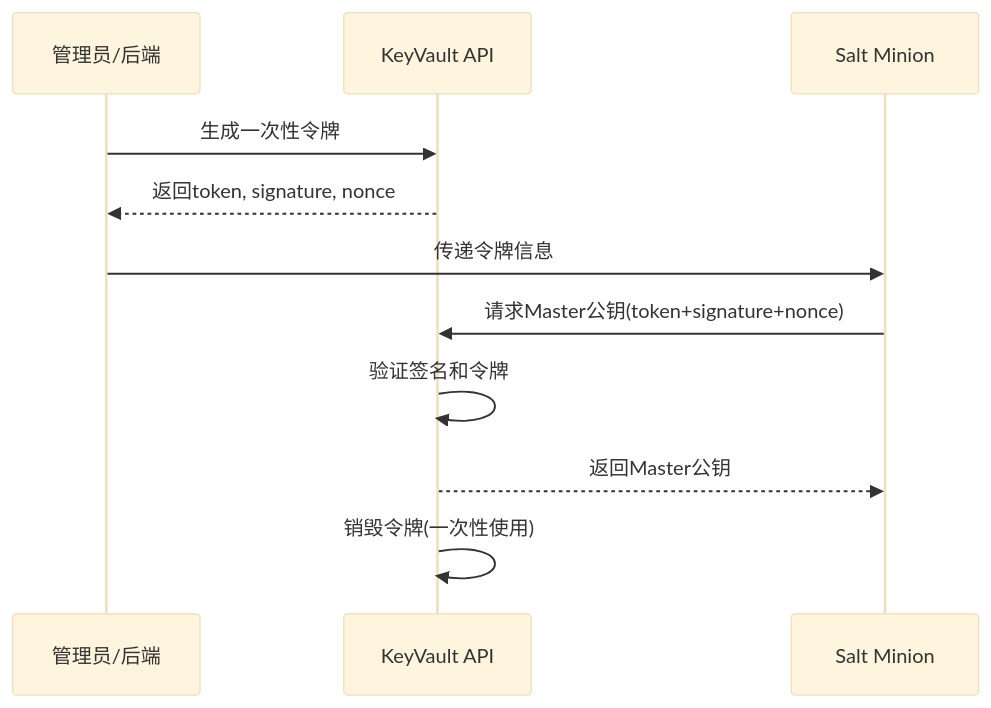
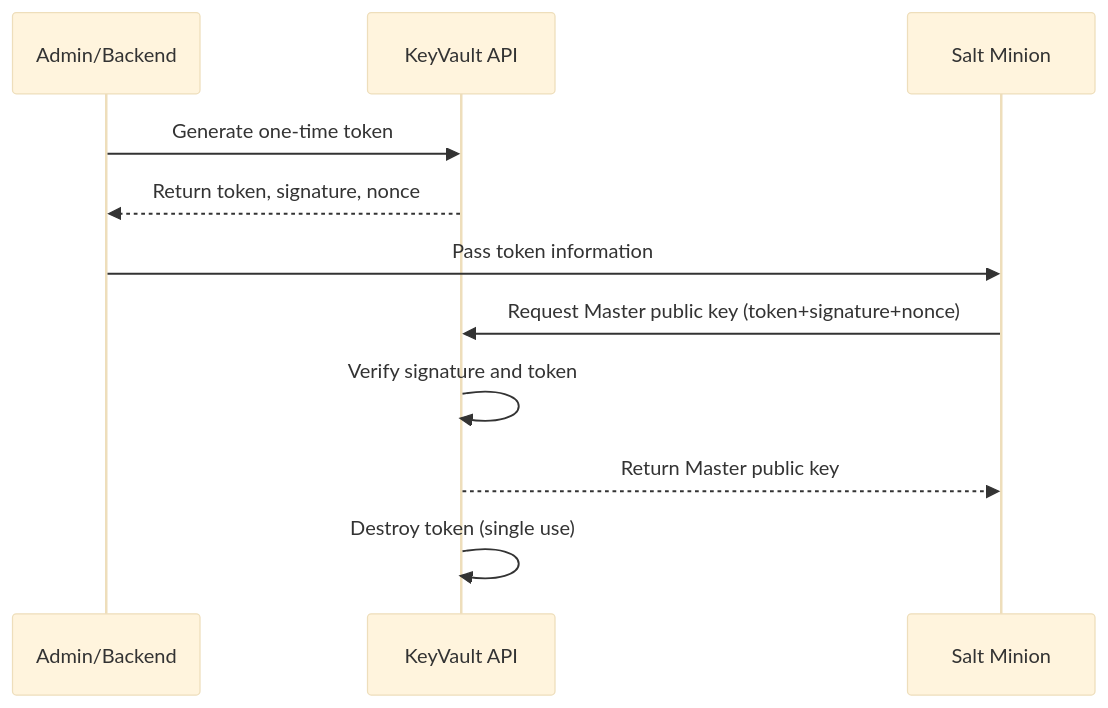
One commit to aresnasa/ai-infra-matrix changed the second of 2 diagrams in README.md. Above: the diagram before and after it, drawn with Mermaid (base theme). The commit also changed other lines of this file and 36 other files, not shown here.

````diff
--- a/README.md
+++ b/README.md
@@ -339,14 +334,14 @@
 ```mermaid
 sequenceDiagram
-    participant Admin as 管理员/后端
+    participant Admin as Admin/Backend
     participant API as KeyVault API
     participant Minion as Salt Minion
     
-    Admin->>API: 生成一次性令牌
-    API-->>Admin: 返回token, signature, nonce
-    Admin->>Minion: 传递令牌信息
-    Minion->>API: 请求Master公钥(token+signature+nonce)
-    API->>API: 验证签名和令牌
-    API-->>Minion: 返回Master公钥
-    API->>API: 销毁令牌(一次性使用)
+    Admin->>API: Generate one-time token
+    API-->>Admin: Return token, signature, nonce
+    Admin->>Minion: Pass token information
+    Minion->>API: Request Master public key (token+signature+nonce)
+    API->>API: Verify signature and token
+    API-->>Minion: Return Master public key
+    API->>API: Destroy token (single use)
 ```
````
